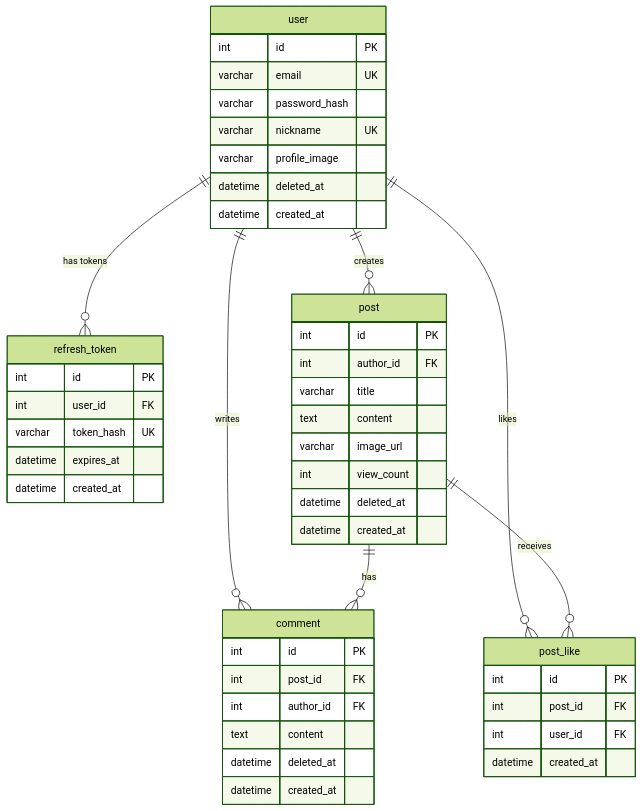
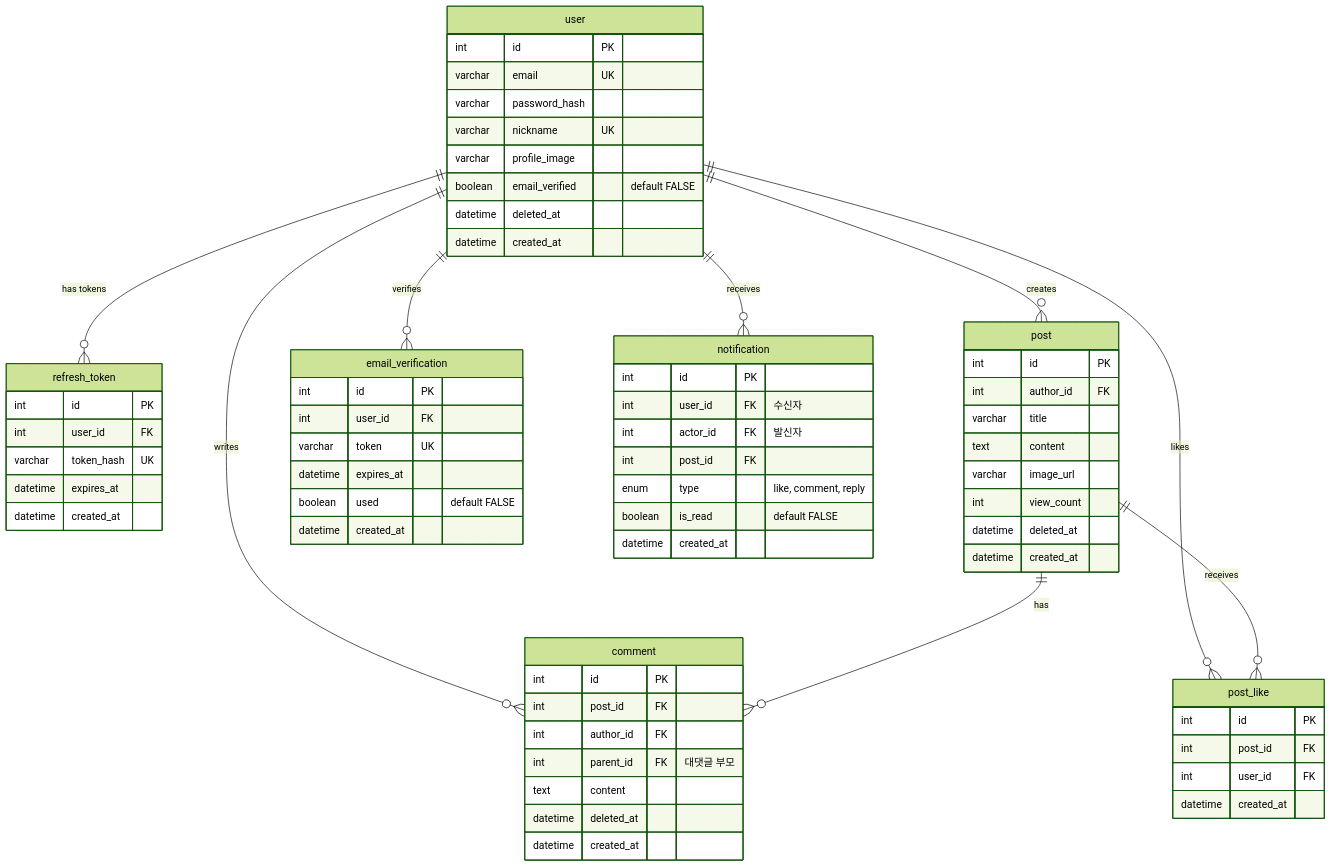
One commit to revenantonthemission/2-cho-community-fe changed the second of 3 diagrams in README.md. Above: the diagram before and after it, drawn with Mermaid (forest theme). The commit also changed other lines of this file and 13 other files, not shown here.

````diff
--- a/README.md
+++ b/README.md
@@ -86,54 +69,77 @@
 ```mermaid
 erDiagram
     user ||--o{ refresh_token : "has tokens"
     user ||--o{ post : "creates"
     user ||--o{ comment : "writes"
     user ||--o{ post_like : "likes"
+    user ||--o{ email_verification : "verifies"
+    user ||--o{ notification : "receives"
     post ||--o{ comment : "has"
     post ||--o{ post_like : "receives"
 
     user {
         int id PK
         varchar email UK
         varchar password_hash
         varchar nickname UK
         varchar profile_image
+        boolean email_verified "default FALSE"
         datetime deleted_at
         datetime created_at
     }
 
     refresh_token {
         int id PK
         int user_id FK
         varchar token_hash UK
         datetime expires_at
         datetime created_at
     }
 
     post {
         int id PK
         int author_id FK
         varchar title
         text content
         varchar image_url
         int view_count
         datetime deleted_at
         datetime created_at
     }
 
     comment {
         int id PK
         int post_id FK
         int author_id FK
+        int parent_id FK "대댓글 부모"
         text content
         datetime deleted_at
         datetime created_at
     }
 
     post_like {
         int id PK
         int post_id FK
         int user_id FK
         datetime created_at
     }
+
+    email_verification {
+        int id PK
+        int user_id FK
+        varchar token UK
+        datetime expires_at
+        boolean used "default FALSE"
+        datetime created_at
+    }
+
+    notification {
+        int id PK
+        int user_id FK "수신자"
+        int actor_id FK "발신자"
+        int post_id FK
+        enum type "like, comment, reply"
+        boolean is_read "default FALSE"
+        datetime created_at
+    }
 ```
````
